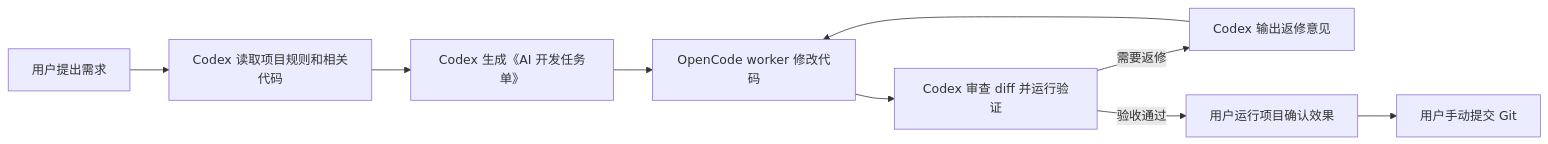
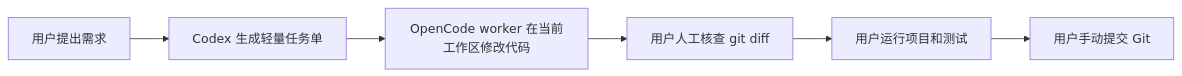
One commit to ysj98/Codex-OpenCode-Worker-Workflow changed the diagram in README.md. Above: the diagram before and after it, drawn with Mermaid. The commit also changed other lines of this file and 7 other files, not shown here.

Commit message:
feat: 把 skill 改成了轻量流程：Codex 只生成任务单并启动 worker，OpenCode 直接在当前 Git 工作区修改，后续由用户人工核查和运行验证。

````diff
--- a/README.md
+++ b/README.md
@@ -142,11 +141,8 @@
 ```mermaid
 flowchart LR
-  A["用户提出需求"] --> B["Codex 读取项目规则和相关代码"]
-  B --> C["Codex 生成《AI 开发任务单》"]
-  C --> D["OpenCode worker 修改代码"]
-  D --> E["Codex 审查 diff 并运行验证"]
-  E -->|需要返修| F["Codex 输出返修意见"]
-  F --> D
-  E -->|验收通过| G["用户运行项目确认效果"]
-  G --> H["用户手动提交 Git"]
+  A["用户提出需求"] --> B["Codex 生成轻量任务单"]
+  B --> C["OpenCode worker 在当前工作区修改代码"]
+  C --> D["用户人工核查 git diff"]
+  D --> E["用户运行项目和测试"]
+  E --> F["用户手动提交 Git"]
 ```
````
